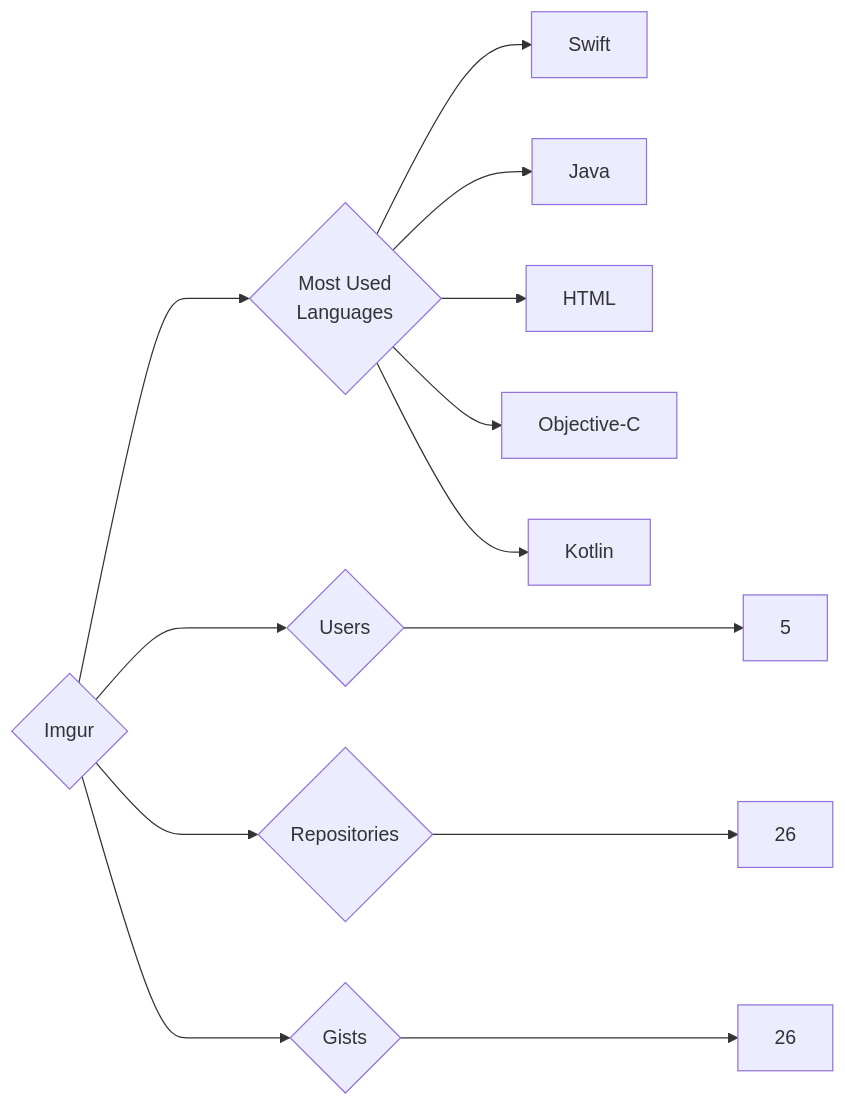
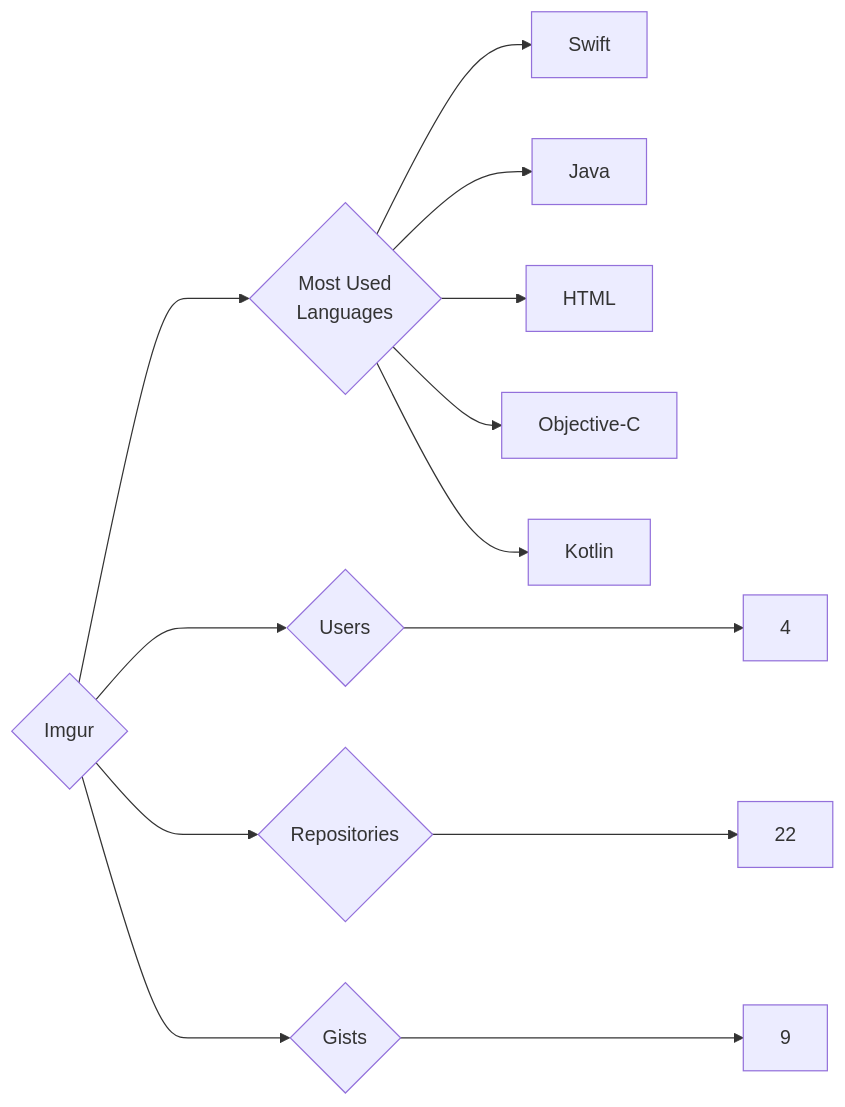
One commit to trickest/insiders changed the diagram in targets/Imgur/README.md. Above: the diagram before and after it, drawn with Mermaid. The commit also changed 900 other files, not shown here.

````diff
--- a/targets/Imgur/README.md
+++ b/targets/Imgur/README.md
@@ -3,13 +3,13 @@
 ```mermaid
 graph LR
 COMPANY_NAME{Imgur}
-COMPANY_NAME ---> U{Users} ---> UN[5]
-COMPANY_NAME ---> R{Repositories} ---> RN[26]
-COMPANY_NAME ---> G{Gists} ---> GN[26]
+COMPANY_NAME ---> U{Users} ---> UN[4]
+COMPANY_NAME ---> R{Repositories} ---> RN[22]
+COMPANY_NAME ---> G{Gists} ---> GN[9]
 COMPANY_NAME ---> ML{Most Used<br>Languages}
 ML --> Swift[Swift]
 ML --> Java[Java]
 ML --> HTML[HTML]
 ML --> Objective-C[Objective-C]
 ML --> Kotlin[Kotlin]
 ```
````
